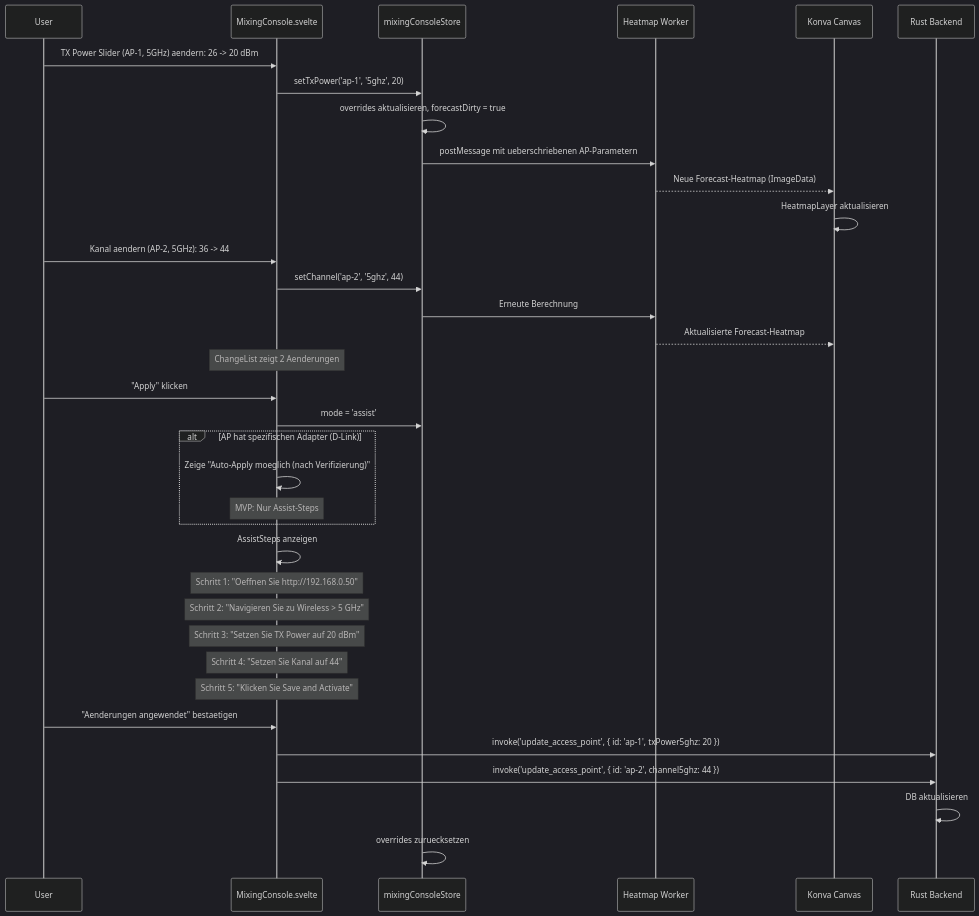
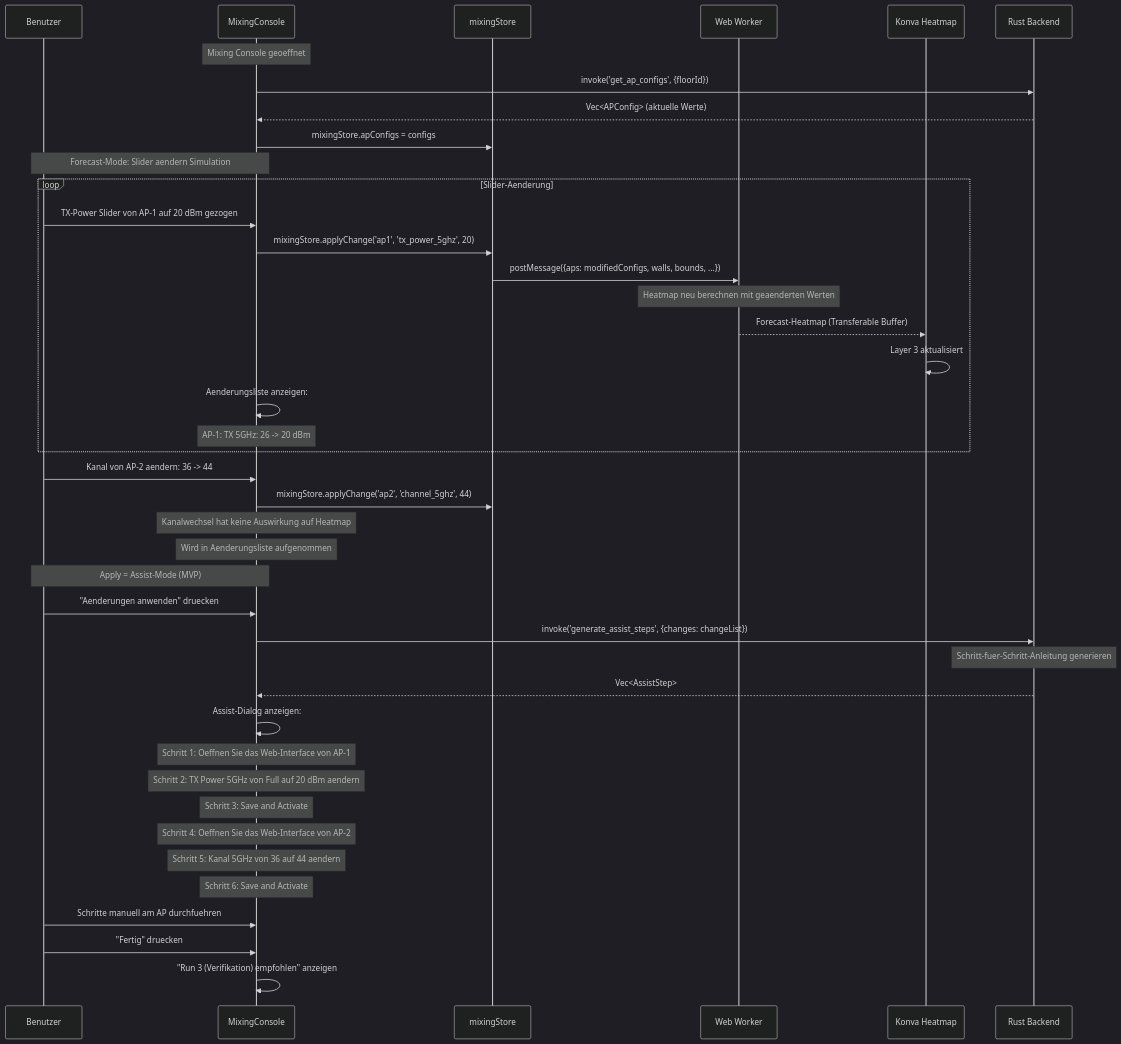
One commit to 8chM/wlan-optimizer changed diagram 12 of 15 in docs/architecture/Architektur.md. Above: the diagram before and after it, drawn with Mermaid (dark theme). The commit also changed other lines of this file and 90 other files, not shown here.

````diff
--- a/docs/architecture/Architektur.md
+++ b/docs/architecture/Architektur.md
@@ -1315,44 +1164,57 @@
 ```mermaid
 sequenceDiagram
-    participant User
-    participant Console as MixingConsole.svelte
-    participant Store as mixingConsoleStore
-    participant Worker as Heatmap Worker
-    participant Canvas as Konva Canvas
-    participant Backend as Rust Backend
+    participant U as Benutzer
+    participant MC as MixingConsole
+    participant S as mixingStore
+    participant W as Web Worker
+    participant C as Konva Heatmap
+    participant BE as Rust Backend
 
-    User->>Console: TX Power Slider (AP-1, 5GHz) aendern: 26 -> 20 dBm
-    Console->>Store: setTxPower('ap-1', '5ghz', 20)
-    Store->>Store: overrides aktualisieren, forecastDirty = true
-    Store->>Worker: postMessage mit ueberschriebenen AP-Parametern
-    Worker-->>Canvas: Neue Forecast-Heatmap (ImageData)
-    Canvas->>Canvas: HeatmapLayer aktualisieren
+    Note over MC: Mixing Console geoeffnet
 
-    User->>Console: Kanal aendern (AP-2, 5GHz): 36 -> 44
-    Console->>Store: setChannel('ap-2', '5ghz', 44)
-    Store->>Worker: Erneute Berechnung
-    Worker-->>Canvas: Aktualisierte Forecast-Heatmap
+    MC->>BE: invoke('get_ap_configs', {floorId})
+    BE-->>MC: Vec<APConfig> (aktuelle Werte)
+    MC->>S: mixingStore.apConfigs = configs
 
-    Note over Console: ChangeList zeigt 2 Aenderungen
+    Note over U,MC: Forecast-Mode: Slider aendern Simulation
 
-    User->>Console: "Apply" klicken
-    Console->>Store: mode = 'assist'
+    loop Slider-Aenderung
+        U->>MC: TX-Power Slider von AP-1 auf 20 dBm gezogen
+        MC->>S: mixingStore.applyChange('ap1', 'tx_power_5ghz', 20)
 
-    alt AP hat spezifischen Adapter (D-Link)
-        Console->>Console: Zeige "Auto-Apply moeglich (nach Verifizierung)"
-        Note over Console: MVP: Nur Assist-Steps
+        S->>W: postMessage({aps: modifiedConfigs, walls, bounds, ...})
+        Note over W: Heatmap neu berechnen mit geaenderten Werten
+        W-->>C: Forecast-Heatmap (Transferable Buffer)
+        C->>C: Layer 3 aktualisiert
+
+        MC->>MC: Aenderungsliste anzeigen:
+        Note over MC: AP-1: TX 5GHz: 26 -> 20 dBm
     end
 
-    Console->>Console: AssistSteps anzeigen
-    Note over Console: Schritt 1: "Oeffnen Sie http://192.168.0.50"
-    Note over Console: Schritt 2: "Navigieren Sie zu Wireless > 5 GHz"
-    Note over Console: Schritt 3: "Setzen Sie TX Power auf 20 dBm"
-    Note over Console: Schritt 4: "Setzen Sie Kanal auf 44"
-    Note over Console: Schritt 5: "Klicken Sie Save and Activate"
+    U->>MC: Kanal von AP-2 aendern: 36 -> 44
+    MC->>S: mixingStore.applyChange('ap2', 'channel_5ghz', 44)
+    Note over MC: Kanalwechsel hat keine Auswirkung auf Heatmap
+    Note over MC: Wird in Aenderungsliste aufgenommen
 
-    User->>Console: "Aenderungen angewendet" bestaetigen
-    Console->>Backend: invoke('update_access_point', { id: 'ap-1', txPower5ghz: 20 })
-    Console->>Backend: invoke('update_access_point', { id: 'ap-2', channel5ghz: 44 })
-    Backend->>Backend: DB aktualisieren
-    Store->>Store: overrides zuruecksetzen
+    Note over U,MC: Apply = Assist-Mode (MVP)
+
+    U->>MC: "Aenderungen anwenden" druecken
+    MC->>BE: invoke('generate_assist_steps', {changes: changeList})
+
+    Note over BE: Schritt-fuer-Schritt-Anleitung generieren
+
+    BE-->>MC: Vec<AssistStep>
+
+    MC->>MC: Assist-Dialog anzeigen:
+    Note over MC: Schritt 1: Oeffnen Sie das Web-Interface von AP-1
+    Note over MC: Schritt 2: TX Power 5GHz von Full auf 20 dBm aendern
+    Note over MC: Schritt 3: Save and Activate
+    Note over MC: Schritt 4: Oeffnen Sie das Web-Interface von AP-2
+    Note over MC: Schritt 5: Kanal 5GHz von 36 auf 44 aendern
+    Note over MC: Schritt 6: Save and Activate
+
+    U->>MC: Schritte manuell am AP durchfuehren
+    U->>MC: "Fertig" druecken
+
+    MC->>MC: "Run 3 (Verifikation) empfohlen" anzeigen
 ```
````
